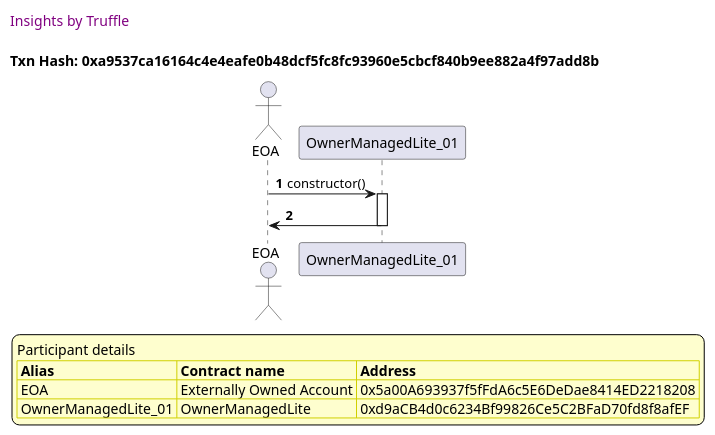
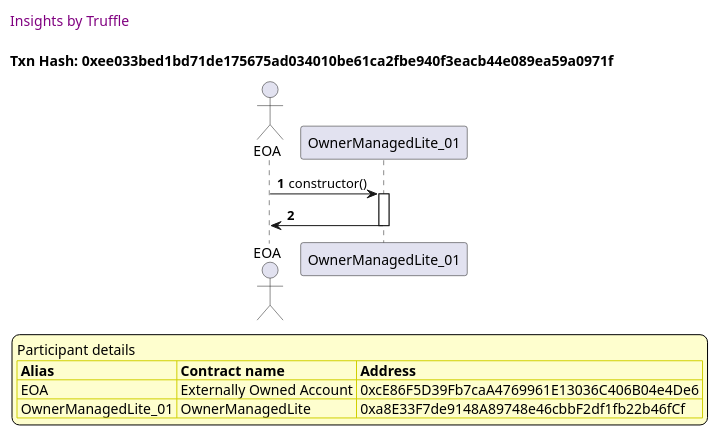
The fourth of 28 diagrams in truffle-seq/OwnerManagedLite_test_required_owners_amount.md (thedarkjester/ConsensysAssignment), drawn with PlantUML before and after one commit. The commit also changed other lines of this file and 13 other files, not shown here.

````diff
--- a/truffle-seq/OwnerManagedLite_test_required_owners_amount.md
+++ b/truffle-seq/OwnerManagedLite_test_required_owners_amount.md
@@ -157,37 +157,37 @@
 ```plantuml
 
 
 @startuml
 
 autonumber
 skinparam legendBackgroundColor #FEFECE
 
 <style>
       header {
         HorizontalAlignment left
         FontColor purple
         FontSize 14
         Padding 10
       }
     </style>
 
 header Insights by Truffle
 
-title Txn Hash: 0xa9537ca16164c4e4eafe0b48dcf5fc8fc93960e5cbcf840b9ee882a4f97add8b
+title Txn Hash: 0xee033bed1bd71de175675ad034010be61ca2fbe940f3eacb44e089ea59a0971f
 
 
 actor EOA as "EOA"
 participant OwnerManagedLite_01 as "OwnerManagedLite_01"
 
 "EOA" -> "OwnerManagedLite_01" ++: constructor()
 "OwnerManagedLite_01" -> "EOA" --: 
 
 legend
 Participant details
 <#FEFECE,#D0D000>|= Alias |= Contract name |= Address |
-<#FEFECE>| EOA | Externally Owned Account | 0x5a00A693937f5fFdA6c5E6DeDae8414ED2218208 |
-<#FEFECE>| OwnerManagedLite_01 | OwnerManagedLite | 0xd9aCB4d0c6234Bf99826Ce5C2BFaD70fd8f8afEF |
+<#FEFECE>| EOA | Externally Owned Account | 0xcE86F5D39Fb7caA4769961E13036C406B04e4De6 |
+<#FEFECE>| OwnerManagedLite_01 | OwnerManagedLite | 0xa8E33F7de9148A89748e46cbbF2df1fb22b46fCf |
 endlegend
 
 @enduml
 ```
````
